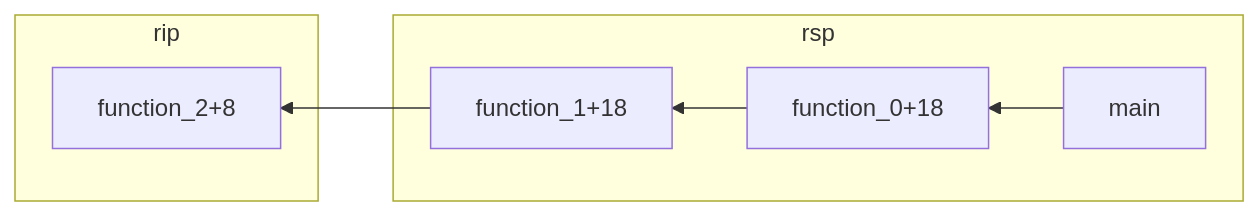
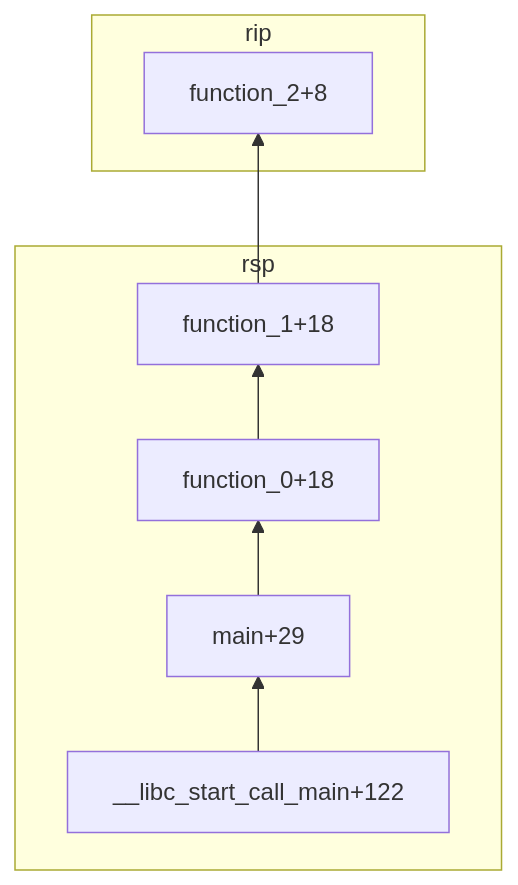
One commit to thachmpham/thachmpham.github.io changed the second of 2 diagrams in md/asm-callstack.md. Above: the diagram before and after it, drawn with Mermaid. The commit also changed other lines of this file and 1 other file, not shown here.

```diff
--- a/md/asm-callstack.md
+++ b/md/asm-callstack.md
@@ -315,14 +312,15 @@
 <pre class="mermaid">
-flowchart RL
-   subgraph rsp
-        function_1+18
-        function_0+18              
-        main
-    end 
-
+flowchart BT
     subgraph rip
         function_2+8
     end   
 
-    main --> function_0+18 --> function_1+18 --> function_2+8
+   subgraph rsp
+        function_1+18
+        function_0+18              
+        main+29
+        __libc_start_call_main+122
+    end 
+
+    __libc_start_call_main+122 --> main+29 --> function_0+18 --> function_1+18 --> function_2+8
 </pre>
```
